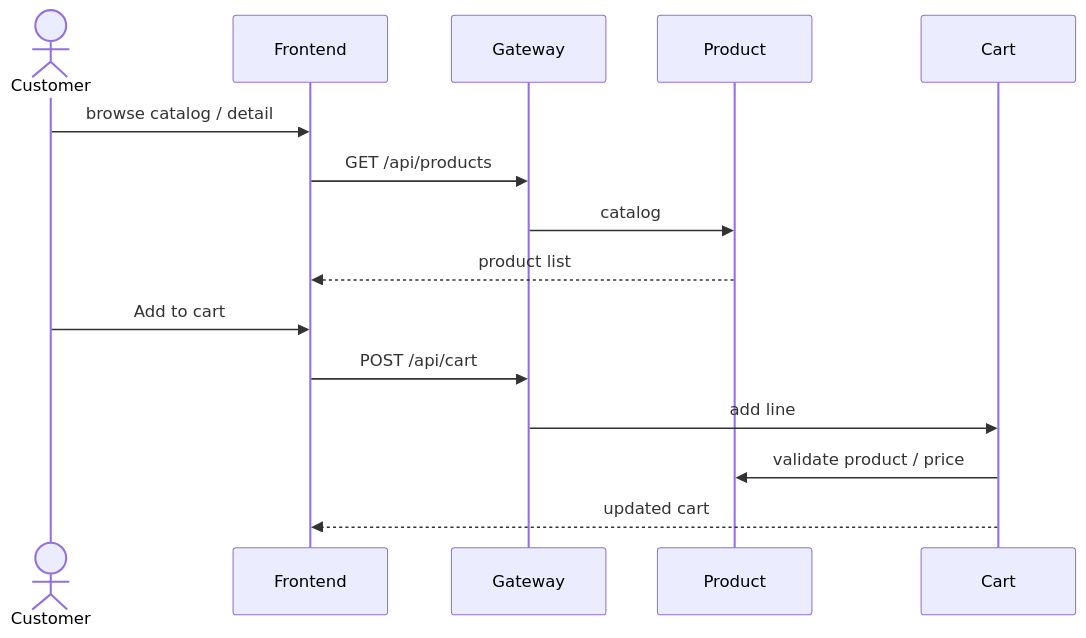
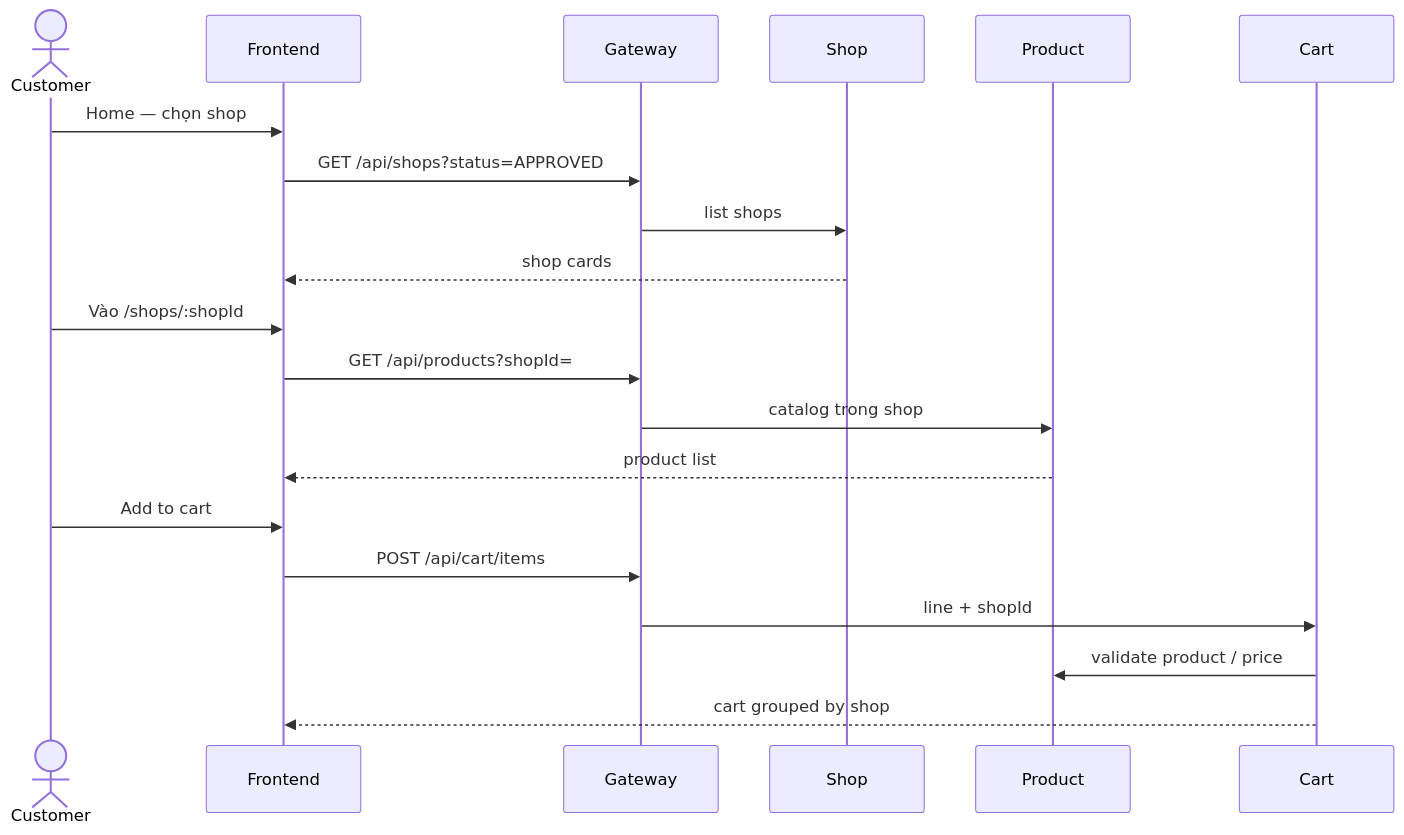
The third of 4 diagrams in README.md (trinhvanhai1994/GTVT_ecommerce), drawn with Mermaid before and after one commit. The commit also changed other lines of this file, not shown here.

````diff
--- a/README.md
+++ b/README.md
@@ -111,17 +131,22 @@
 ```mermaid
 sequenceDiagram
   actor U as Customer
   participant FE as Frontend
   participant GW as Gateway
+  participant SHOP as Shop
   participant PROD as Product
   participant CART as Cart
-  U->>FE: browse catalog / detail
-  FE->>GW: GET /api/products
-  GW->>PROD: catalog
+  U->>FE: Home — chọn shop
+  FE->>GW: GET /api/shops?status=APPROVED
+  GW->>SHOP: list shops
+  SHOP-->>FE: shop cards
+  U->>FE: Vào /shops/:shopId
+  FE->>GW: GET /api/products?shopId=
+  GW->>PROD: catalog trong shop
   PROD-->>FE: product list
   U->>FE: Add to cart
-  FE->>GW: POST /api/cart
-  GW->>CART: add line
+  FE->>GW: POST /api/cart/items
+  GW->>CART: line + shopId
   CART->>PROD: validate product / price
-  CART-->>FE: updated cart
+  CART-->>FE: cart grouped by shop
 ```
````
